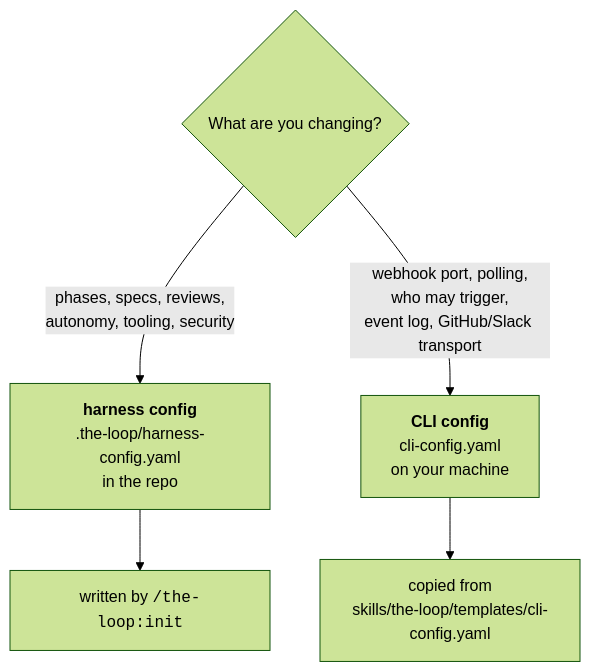
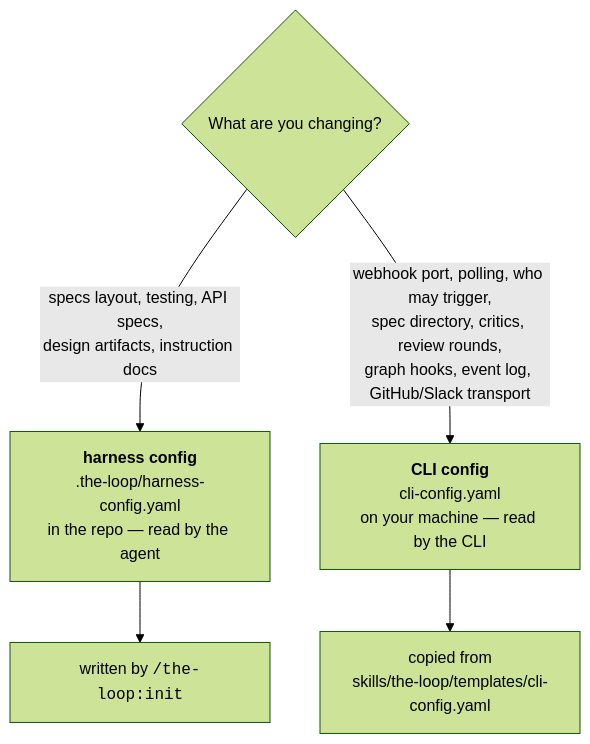
One commit to MadaraUchiha-314/the-loop changed the diagram in docs/config/index.md. Above: the diagram before and after it, drawn with Mermaid (forest theme). The commit also changed other lines of this file and 174 other files, not shown here.

First line of the commit message:
feat(issue-352)!: the CLI stops reading harness-config.yaml; the file is the agent's alone (#353)

````diff
--- a/docs/config/index.md
+++ b/docs/config/index.md
@@ -33,8 +35,8 @@
 ```mermaid
 graph TD
   Q{"What are you changing?"}
-  Q -->|"phases, specs, reviews,<br/>autonomy, tooling, security"| H["<b>harness config</b><br/>.the-loop/harness-config.yaml<br/>in the repo"]
-  Q -->|"webhook port, polling,<br/>who may trigger,<br/>event log, GitHub/Slack transport"| C["<b>CLI config</b><br/>cli-config.yaml<br/>on your machine"]
+  Q -->|"specs layout, testing, API specs,<br/>design artifacts, instruction docs"| H["<b>harness config</b><br/>.the-loop/harness-config.yaml<br/>in the repo — read by the agent"]
+  Q -->|"webhook port, polling, who may trigger,<br/>spec directory, critics, review rounds,<br/>graph hooks, event log, GitHub/Slack transport"| C["<b>CLI config</b><br/>cli-config.yaml<br/>on your machine — read by the CLI"]
   H --> H2["written by <code>/the-loop:init</code>"]
   C --> C2["copied from<br/>skills/the-loop/templates/cli-config.yaml"]
 ```
````
